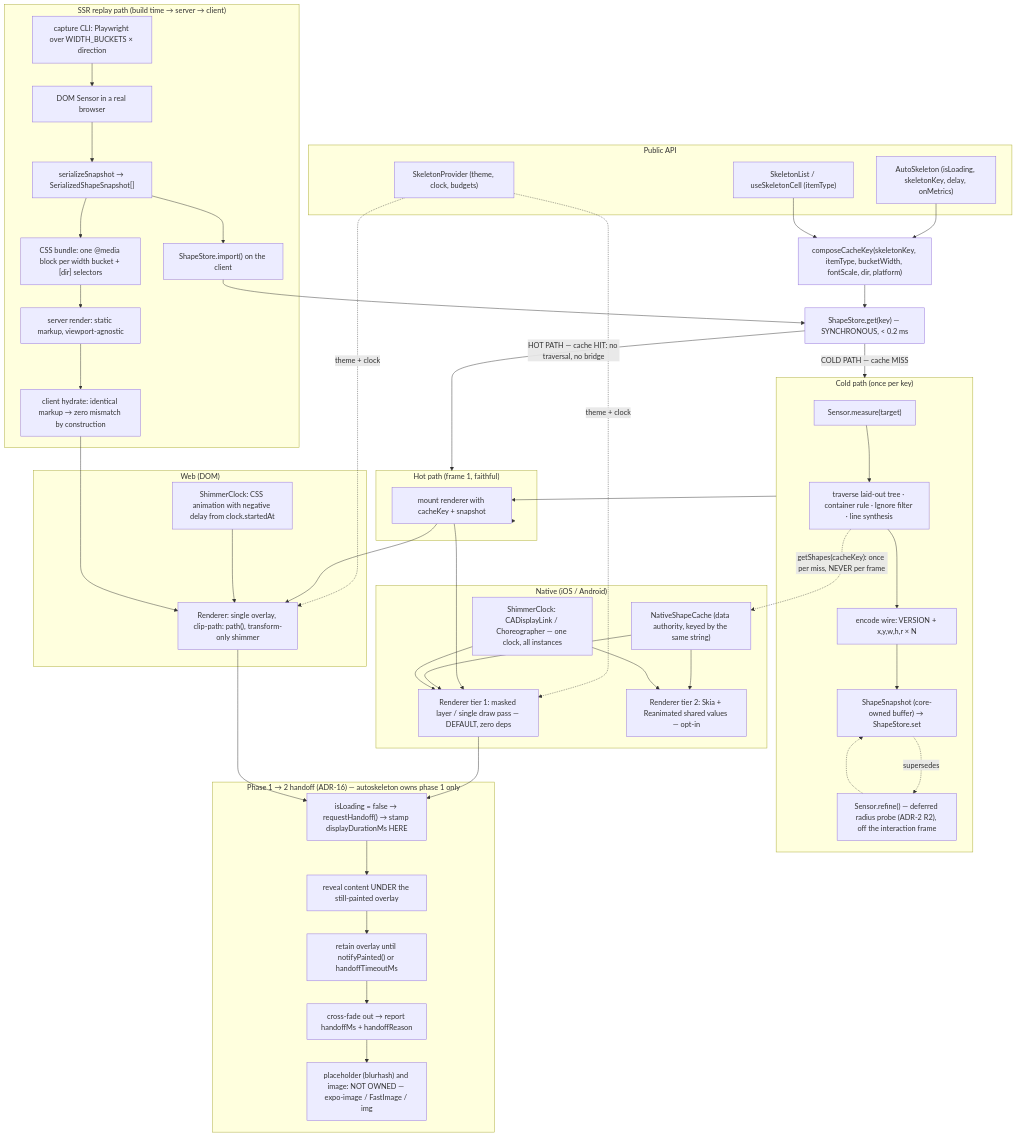
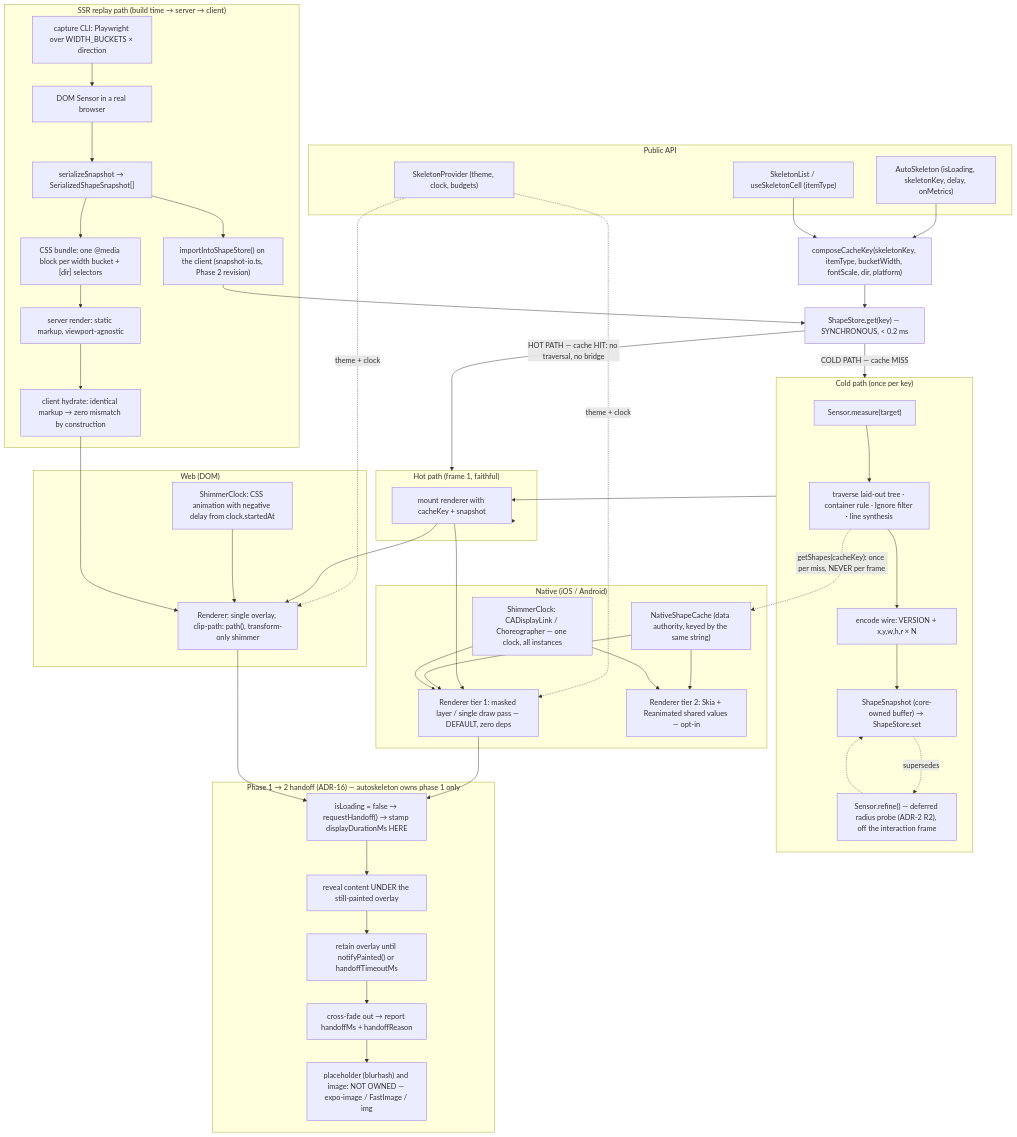
Before and after one commit to javier545dev/react-native-autoskeleton: the diagram in plan.md, drawn with Mermaid. The commit also changed other lines of this file and 5 other files, not shown here.

```diff
--- a/plan.md
+++ b/plan.md
@@ -632,7 +664,7 @@
         CSER --> CBUN["CSS bundle: one @media block per width bucket + [dir] selectors"]
         CBUN --> SRV["server render: static markup, viewport-agnostic"]
         SRV --> HYD["client hydrate: identical markup → zero mismatch by construction"]
-        CSER --> IMP["ShapeStore.import() on the client"]
+        CSER --> IMP["importIntoShapeStore() on the client (snapshot-io.ts, Phase 2 revision)"]
     end
 
     HYD --> RCSS
```
